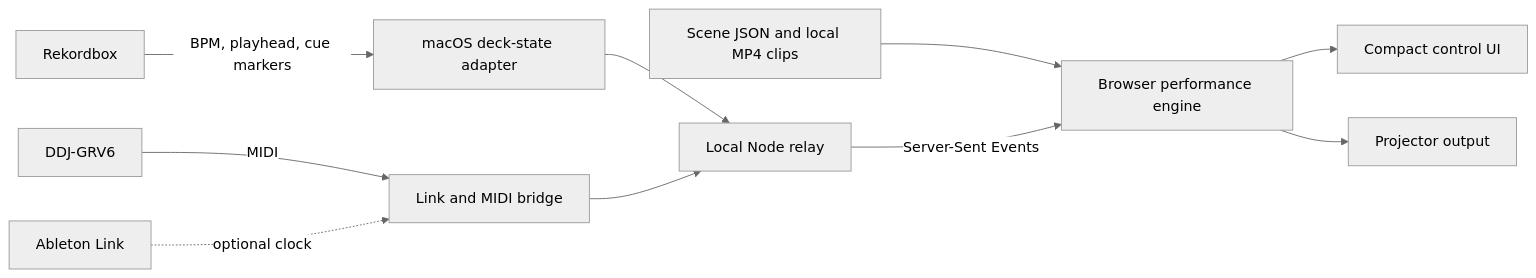
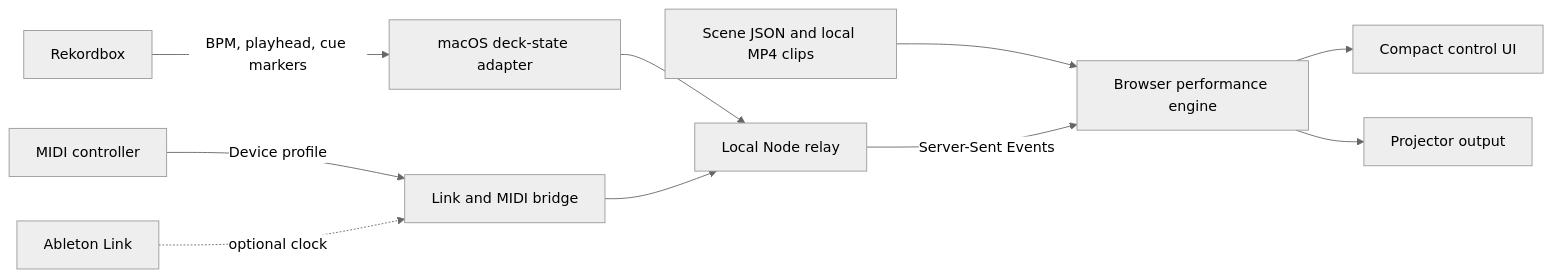
Before and after one commit to asaeed/video-sync: the diagram in README.md, drawn with Mermaid (neutral theme). The commit also changed other lines of this file and 2 other files, not shown here.

Commit message:
docs: frame controller support generically

````diff
--- a/README.md
+++ b/README.md
@@ -30,12 +37,12 @@
 ```mermaid
 flowchart LR
     R[Rekordbox] -->|BPM, playhead, cue markers| A[macOS deck-state adapter]
-    C[DDJ-GRV6] -->|MIDI| B[Link and MIDI bridge]
+    C[MIDI controller] -->|Device profile| B[Link and MIDI bridge]
     L[Ableton Link] -. optional clock .-> B
     A --> S[Local Node relay]
     B --> S
     J[Scene JSON and local MP4 clips] --> P[Browser performance engine]
     S -->|Server-Sent Events| P
     P --> U[Compact control UI]
     P --> O[Projector output]
 ```
````
